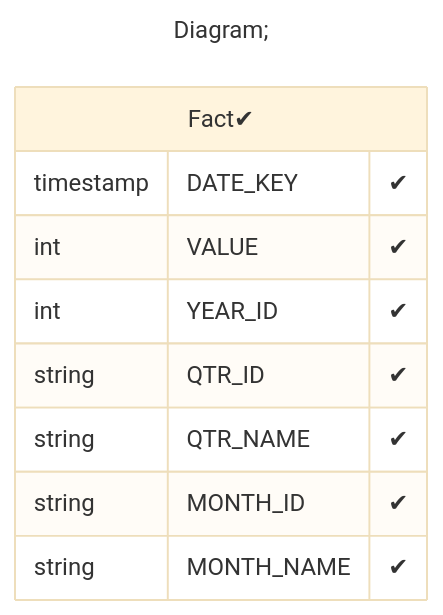
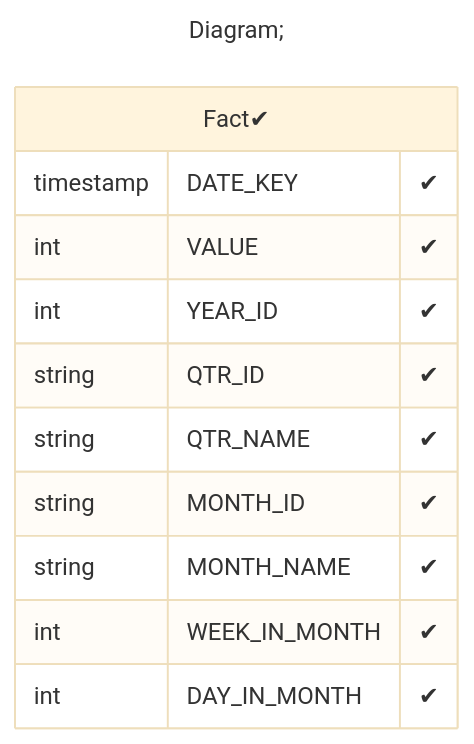
Before and after one commit to xmla-services/workground: the third of 3 diagrams in demo/server/catalogs/min_Dimension_TimeDimension/README.MD, drawn with Mermaid (base theme). The commit also changed other lines of this file and 14 other files, not shown here.

````diff
--- a/demo/server/catalogs/min_Dimension_TimeDimension/README.MD
+++ b/demo/server/catalogs/min_Dimension_TimeDimension/README.MD
@@ -98,16 +110,18 @@
 ```mermaid
 ---
 title: Diagram;
 ---
 erDiagram
 "Fact✔"{
 timestamp DATE_KEY "✔"
 int VALUE "✔"
 int YEAR_ID "✔"
 string QTR_ID "✔"
 string QTR_NAME "✔"
 string MONTH_ID "✔"
 string MONTH_NAME "✔"
+int WEEK_IN_MONTH "✔"
+int DAY_IN_MONTH "✔"
 }
 
 ```
````
